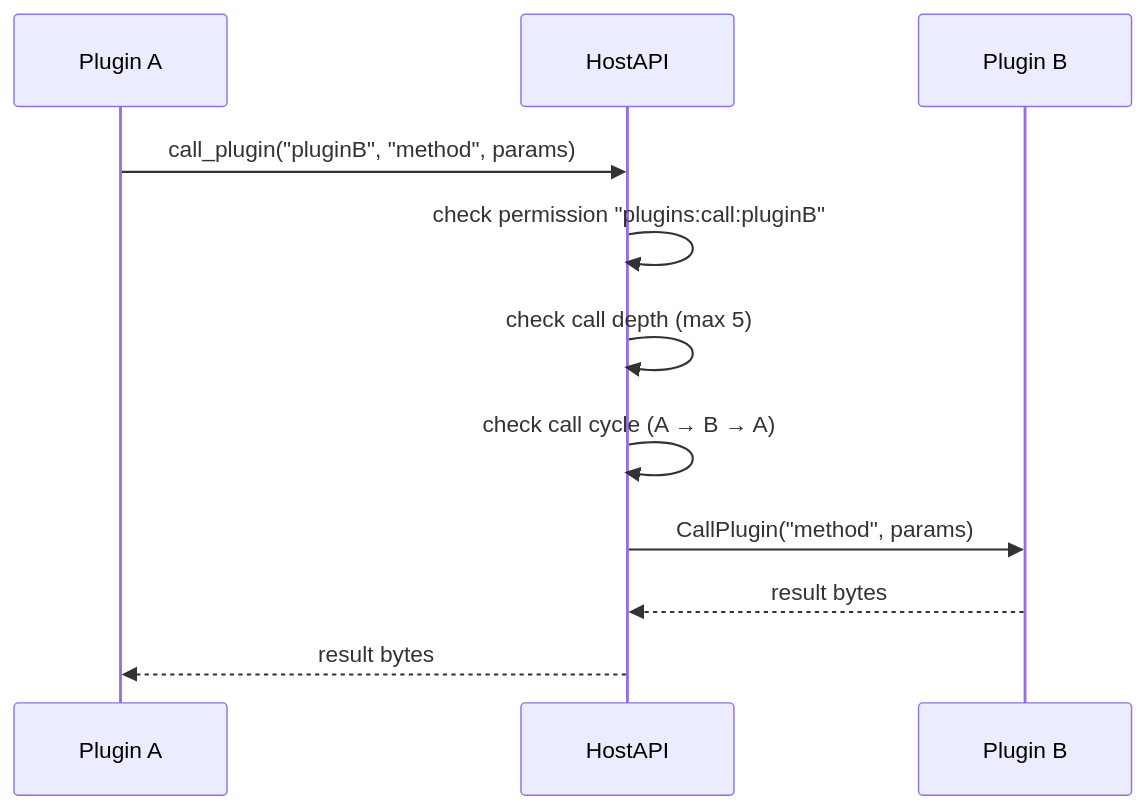
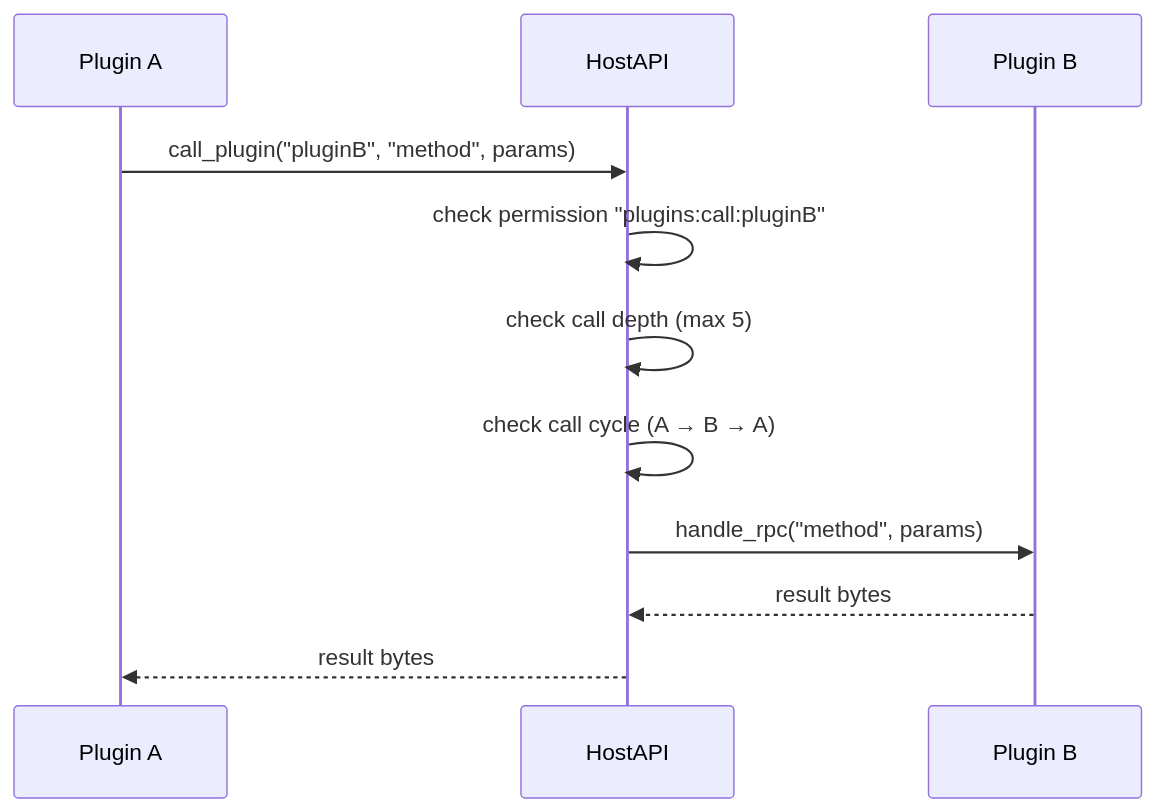
One commit to StaZisS/SuperBotGo changed the fifth of 5 diagrams in web/docs/architecture/hostapi.md. Above: the diagram before and after it, drawn with Mermaid. The commit also changed other lines of this file and 65 other files, not shown here.

````diff
--- a/web/docs/architecture/hostapi.md
+++ b/web/docs/architecture/hostapi.md
@@ -303,14 +350,14 @@
 ```mermaid
 sequenceDiagram
     participant A as Plugin A
     participant HA as HostAPI
     participant B as Plugin B
 
     A ->> HA: call_plugin("pluginB", "method", params)
     HA ->> HA: check permission "plugins:call:pluginB"
     HA ->> HA: check call depth (max 5)
     HA ->> HA: check call cycle (A → B → A)
-    HA ->> B: CallPlugin("method", params)
+    HA ->> B: handle_rpc("method", params)
     B -->> HA: result bytes
     HA -->> A: result bytes
 ```
````
